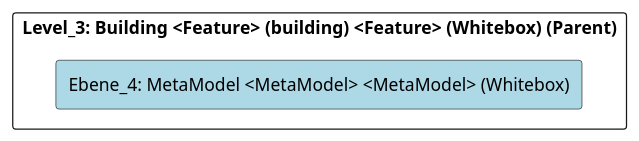
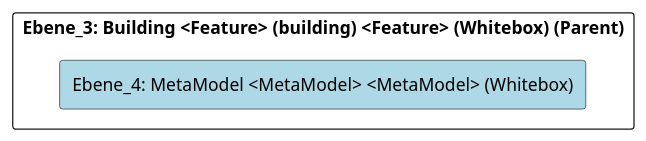
One commit to marcozwyssig/cleon changed the diagram in doc/cleonproject_deliverables_architecture_model_architecture/adoc/de/05_bausteinsicht/cleon/common/building/metamodel/ebene_4_metamodel.adoc. Above: the diagram before and after it, drawn with PlantUML. The commit also changed other lines of this file and 620 other files, not shown here.

```diff
--- a/doc/cleonproject_deliverables_architecture_model_architecture/adoc/de/05_bausteinsicht/cleon/common/building/metamodel/ebene_4_metamodel.adoc
+++ b/doc/cleonproject_deliverables_architecture_model_architecture/adoc/de/05_bausteinsicht/cleon/common/building/metamodel/ebene_4_metamodel.adoc
@@ -20,24 +20,24 @@
 [plantuml, Ebene_4: MetaModel <MetaModel> <MetaModel> (Whitebox)BlockOverview, format="svg"]
 ----
 @startuml Ebene_4: MetaModel <MetaModel> <MetaModel> (Whitebox)BuildingBlockOverview
 
 skinparam ranksep 10
 skinparam componentStyle rectangle
 skinparam shadowing false
 skinparam arrowColor lightblue
 skinparam arrowThickness 1.2
 skinparam rectangle {
   BackgroundColor White
   BorderColor #333
   RoundCorner 10
 }
 top to bottom direction
 
-component "Level_3: Building <Feature> (building) <Feature> (Whitebox) (Parent)" {
+component "Ebene_3: Building <Feature> (building) <Feature> (Whitebox) (Parent)" {
     component "Ebene_4: MetaModel <MetaModel> <MetaModel> (Whitebox)" #lightblue {
     }
 
 }
 
 @enduml
 ----
```
